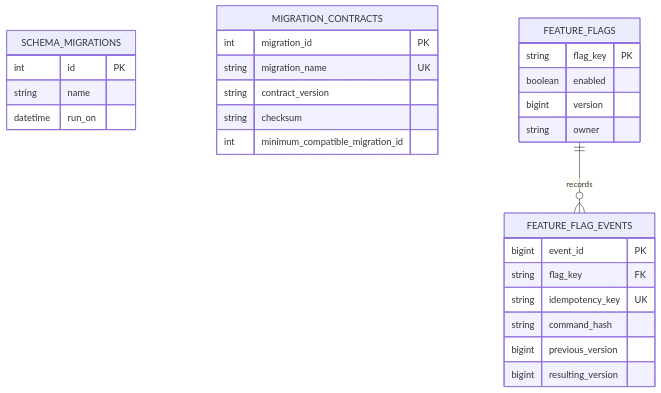
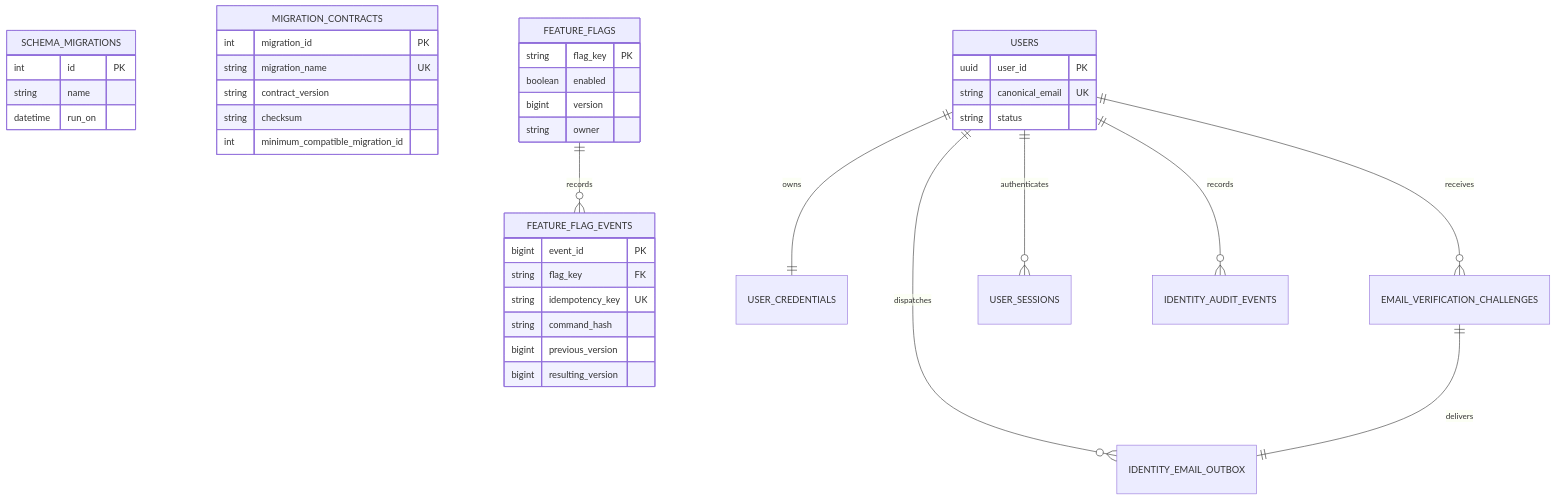
One commit to Emacore17/dnd-ai changed the first of 2 diagrams in docs/data/DATA_MODEL.md. Above: the diagram before and after it, drawn with Mermaid. The commit also changed other lines of this file and 130 other files, not shown here.

Commit message:
feat(identity): implement signup and email verification

````diff
--- a/docs/data/DATA_MODEL.md
+++ b/docs/data/DATA_MODEL.md
@@ -123,30 +143,41 @@
 ```mermaid
 erDiagram
     SCHEMA_MIGRATIONS {
         int id PK
         string name
         datetime run_on
     }
     MIGRATION_CONTRACTS {
         int migration_id PK
         string migration_name UK
         string contract_version
         string checksum
         int minimum_compatible_migration_id
     }
     FEATURE_FLAGS {
         string flag_key PK
         boolean enabled
         bigint version
         string owner
     }
     FEATURE_FLAGS ||--o{ FEATURE_FLAG_EVENTS : records
     FEATURE_FLAG_EVENTS {
         bigint event_id PK
         string flag_key FK
         string idempotency_key UK
         string command_hash
         bigint previous_version
         bigint resulting_version
     }
+    USERS {
+        uuid user_id PK
+        string canonical_email UK
+        string status
+    }
+    USERS ||--|| USER_CREDENTIALS : owns
+    USERS ||--o{ EMAIL_VERIFICATION_CHALLENGES : receives
+    USERS ||--o{ USER_SESSIONS : authenticates
+    USERS ||--o{ IDENTITY_EMAIL_OUTBOX : dispatches
+    USERS ||--o{ IDENTITY_AUDIT_EVENTS : records
+    EMAIL_VERIFICATION_CHALLENGES ||--|| IDENTITY_EMAIL_OUTBOX : delivers
 ```
````
